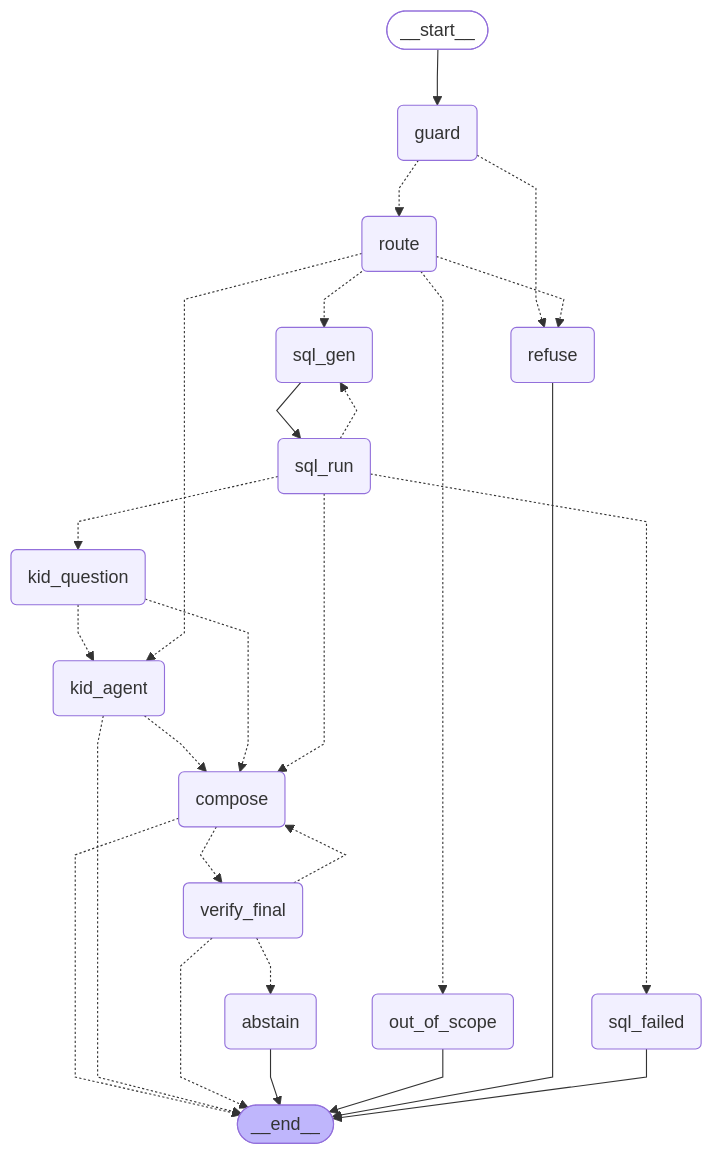
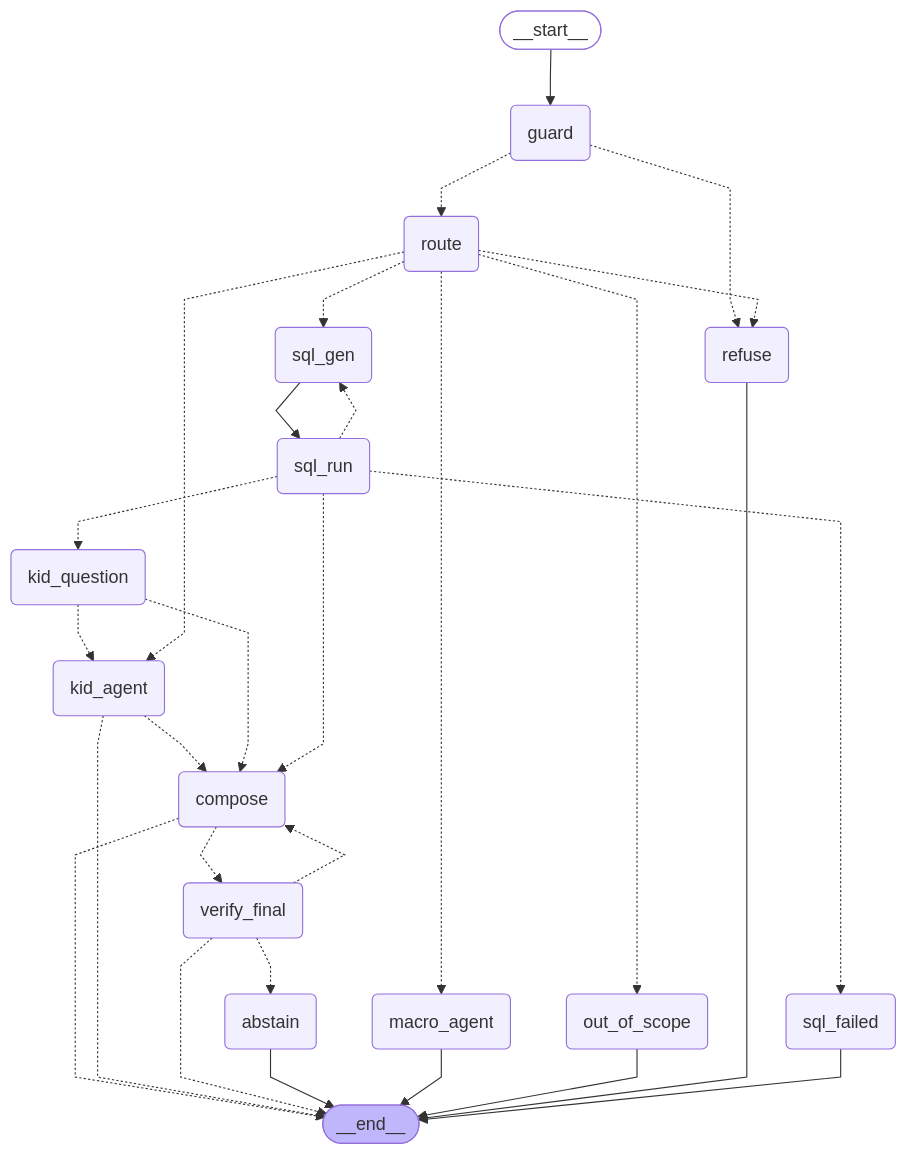
Before and after one commit to Naimket/wealthai-copilot: the diagram in docs/multi_agent_graph.md, drawn with Mermaid. The commit also changed other lines of this file and 5 other files, not shown here.

Commit message:
Document macro route results, regenerate graphs, relabel r35

````diff
--- a/docs/multi_agent_graph.md
+++ b/docs/multi_agent_graph.md
@@ -7,50 +8,53 @@
 ```mermaid
 ---
 config:
   flowchart:
     curve: linear
 ---
 graph TD;
 	__start__([<p>__start__</p>]):::first
 	guard(guard)
 	refuse(refuse)
 	route(route)
 	out_of_scope(out_of_scope)
 	kid_agent(kid_agent)
+	macro_agent(macro_agent)
 	sql_gen(sql_gen)
 	sql_run(sql_run)
 	sql_failed(sql_failed)
 	kid_question(kid_question)
 	compose(compose)
 	verify_final(verify_final)
 	abstain(abstain)
 	__end__([<p>__end__</p>]):::last
 	__start__ --> guard;
 	compose -.-> __end__;
 	compose -.-> verify_final;
 	guard -.-> refuse;
 	guard -.-> route;
 	kid_agent -.-> __end__;
 	kid_agent -.-> compose;
 	kid_question -.-> compose;
 	kid_question -.-> kid_agent;
 	route -.-> kid_agent;
+	route -.-> macro_agent;
 	route -.-> out_of_scope;
 	route -.-> refuse;
 	route -.-> sql_gen;
 	sql_gen --> sql_run;
 	sql_run -.-> compose;
 	sql_run -.-> kid_question;
 	sql_run -.-> sql_failed;
 	sql_run -.-> sql_gen;
 	verify_final -.-> __end__;
 	verify_final -.-> abstain;
 	verify_final -.-> compose;
 	abstain --> __end__;
+	macro_agent --> __end__;
 	out_of_scope --> __end__;
 	refuse --> __end__;
 	sql_failed --> __end__;
 	classDef default fill:#f2f0ff,line-height:1.2
 	classDef first fill-opacity:0
 	classDef last fill:#bfb6fc
 ```
````
